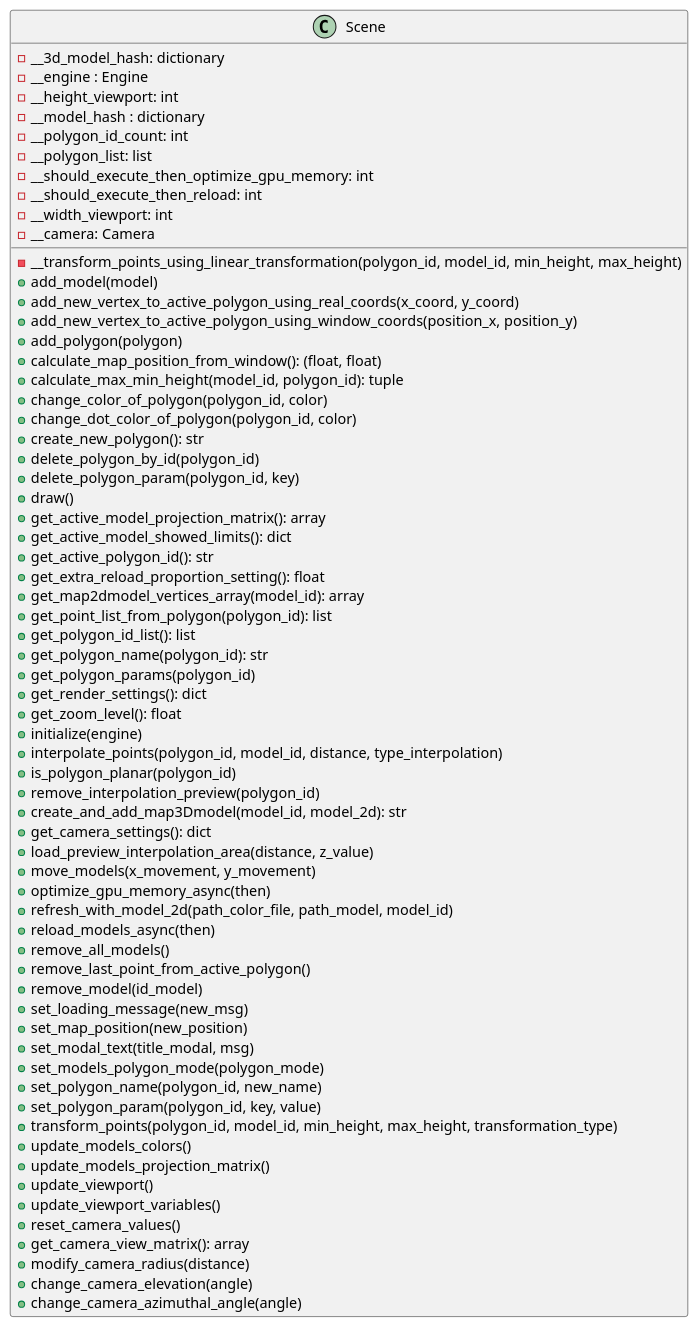
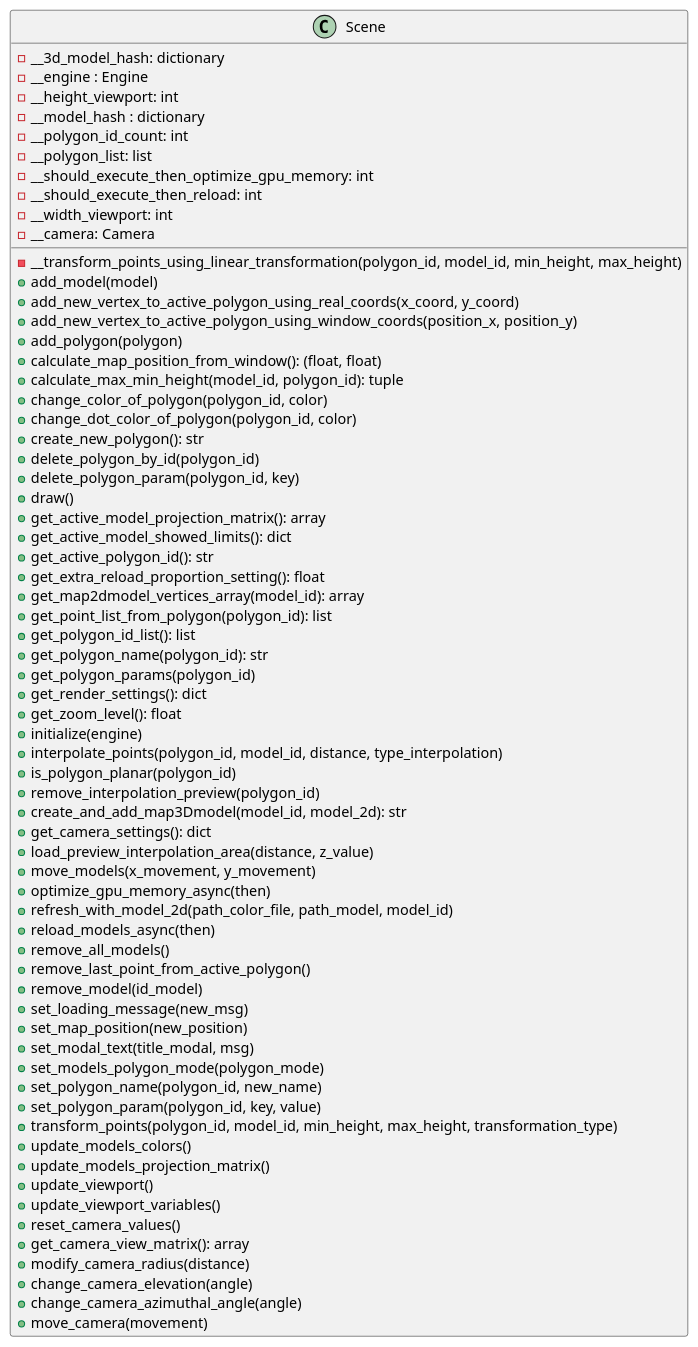
The diagram in docs/classes/Scene.puml (ferpoble2/Relief_Creator), drawn with PlantUML before and after one commit. The commit also changed 5 other files, not shown here.

Commit message:
Added functionality to the controller to move the camera in the xy plane

```diff
--- a/docs/classes/Scene.puml
+++ b/docs/classes/Scene.puml
@@ -1,69 +1,70 @@
 @startuml
             class Scene{
                 - __transform_points_using_linear_transformation(polygon_id, model_id, min_height, max_height)
                 + add_model(model)
                 + add_new_vertex_to_active_polygon_using_real_coords(x_coord, y_coord)
                 + add_new_vertex_to_active_polygon_using_window_coords(position_x, position_y)
                 + add_polygon(polygon)
                 + calculate_map_position_from_window(): (float, float)
                 + calculate_max_min_height(model_id, polygon_id): tuple
                 + change_color_of_polygon(polygon_id, color)
                 + change_dot_color_of_polygon(polygon_id, color)
                 + create_new_polygon(): str
                 + delete_polygon_by_id(polygon_id)
                 + delete_polygon_param(polygon_id, key)
                 + draw()
                 + get_active_model_projection_matrix(): array
                 + get_active_model_showed_limits(): dict
                 + get_active_polygon_id(): str
                 + get_extra_reload_proportion_setting(): float
                 + get_map2dmodel_vertices_array(model_id): array
                 + get_point_list_from_polygon(polygon_id): list
                 + get_polygon_id_list(): list
                 + get_polygon_name(polygon_id): str
                 + get_polygon_params(polygon_id)
                 + get_render_settings(): dict
                 + get_zoom_level(): float
                 + initialize(engine)
                 + interpolate_points(polygon_id, model_id, distance, type_interpolation)
                 + is_polygon_planar(polygon_id)
                 + remove_interpolation_preview(polygon_id)
                 + create_and_add_map3Dmodel(model_id, model_2d): str
                 + get_camera_settings(): dict
                 + load_preview_interpolation_area(distance, z_value)
                 + move_models(x_movement, y_movement)
                 + optimize_gpu_memory_async(then)
                 + refresh_with_model_2d(path_color_file, path_model, model_id)
                 + reload_models_async(then)
                 + remove_all_models()
                 + remove_last_point_from_active_polygon()
                 + remove_model(id_model)
                 + set_loading_message(new_msg)
                 + set_map_position(new_position)
                 + set_modal_text(title_modal, msg)
                 + set_models_polygon_mode(polygon_mode)
                 + set_polygon_name(polygon_id, new_name)
                 + set_polygon_param(polygon_id, key, value)
                 + transform_points(polygon_id, model_id, min_height, max_height, transformation_type)
                 + update_models_colors()
                 + update_models_projection_matrix()
                 + update_viewport()
                 + update_viewport_variables()
                 + reset_camera_values()
                 + get_camera_view_matrix(): array
                 + modify_camera_radius(distance)
                 + change_camera_elevation(angle)
                 + change_camera_azimuthal_angle(angle)
+                + move_camera(movement)
 
                 - __3d_model_hash: dictionary
                 - __engine : Engine
                 - __height_viewport: int
                 - __model_hash : dictionary
                 - __polygon_id_count: int
                 - __polygon_list: list
                 - __should_execute_then_optimize_gpu_memory: int
                 - __should_execute_then_reload: int
                 - __width_viewport: int
                 - __camera: Camera
             }
 @enduml
```
